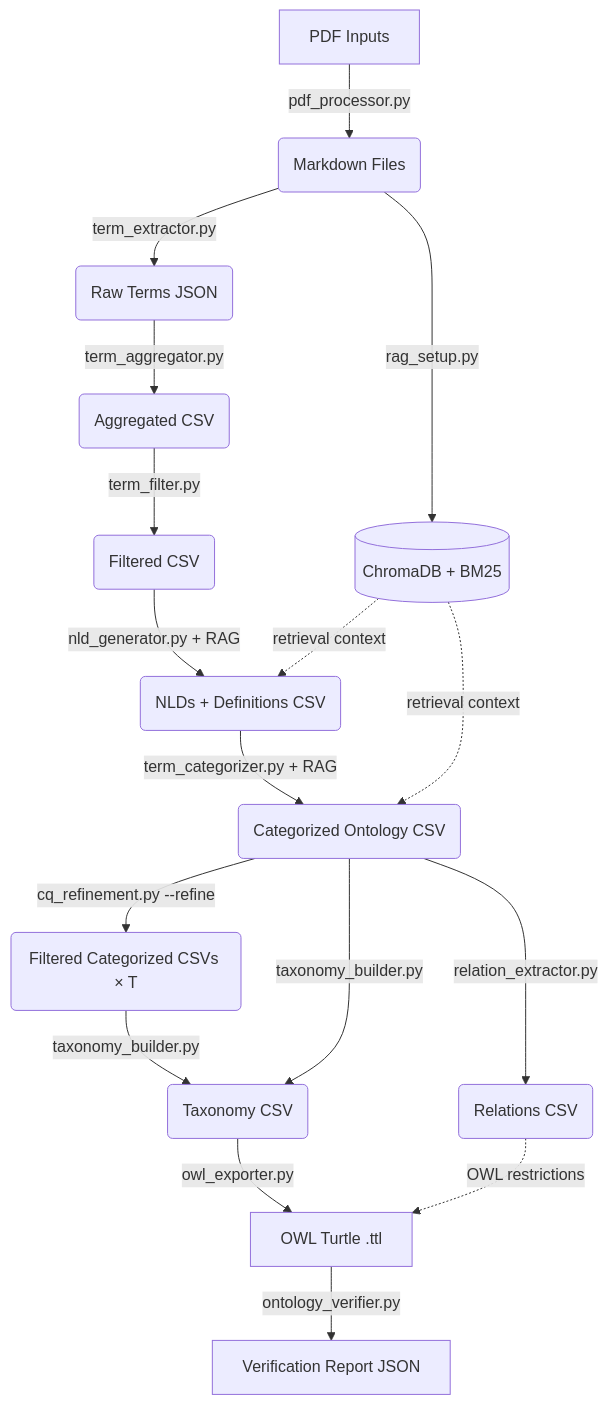
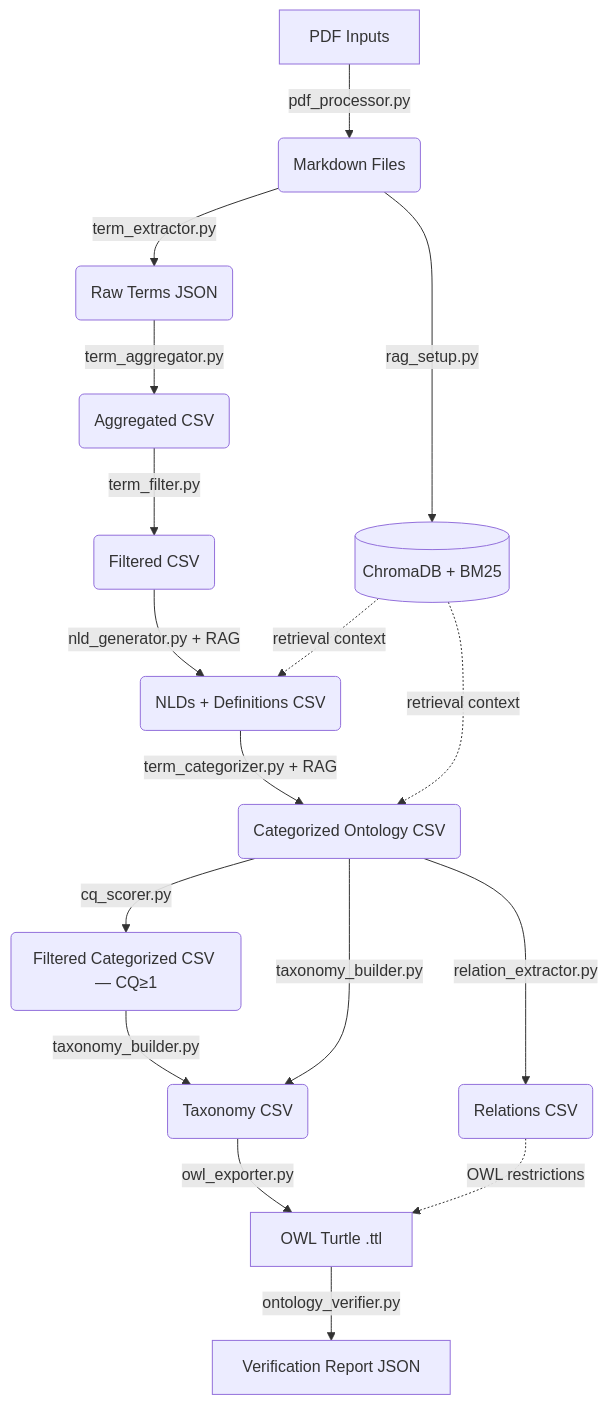
Before and after one commit to martinstroher/Pipeline_2: the diagram in docs/CONTEXT.md, drawn with Mermaid. The commit also changed other lines of this file and 16 other files, not shown here.

````diff
--- a/docs/CONTEXT.md
+++ b/docs/CONTEXT.md
@@ -8,19 +8,19 @@
 ```mermaid
 graph TD
     A[PDF Inputs] -->|pdf_processor.py| B(Markdown Files)
     B -->|rag_setup.py| C[(ChromaDB + BM25)]
     B -->|term_extractor.py| D(Raw Terms JSON)
     D -->|term_aggregator.py| E(Aggregated CSV)
     E -->|term_filter.py| F(Filtered CSV)
     F -->|nld_generator.py + RAG| G(NLDs + Definitions CSV)
     G -->|term_categorizer.py + RAG| H(Categorized Ontology CSV)
-    H -->|cq_refinement.py --refine| H2(Filtered Categorized CSVs × T)
+    H -->|cq_scorer.py| H2(Filtered Categorized CSV — CQ≥1)
     H2 -->|taxonomy_builder.py| I(Taxonomy CSV)
     H -->|taxonomy_builder.py| I
     H -->|relation_extractor.py| Rel(Relations CSV)
     I --> |owl_exporter.py| J[OWL Turtle .ttl]
     Rel -.->|OWL restrictions| J
     J -->|ontology_verifier.py| K[Verification Report JSON]
     C -.->|retrieval context| G
     C -.->|retrieval context| H
 ```
````
